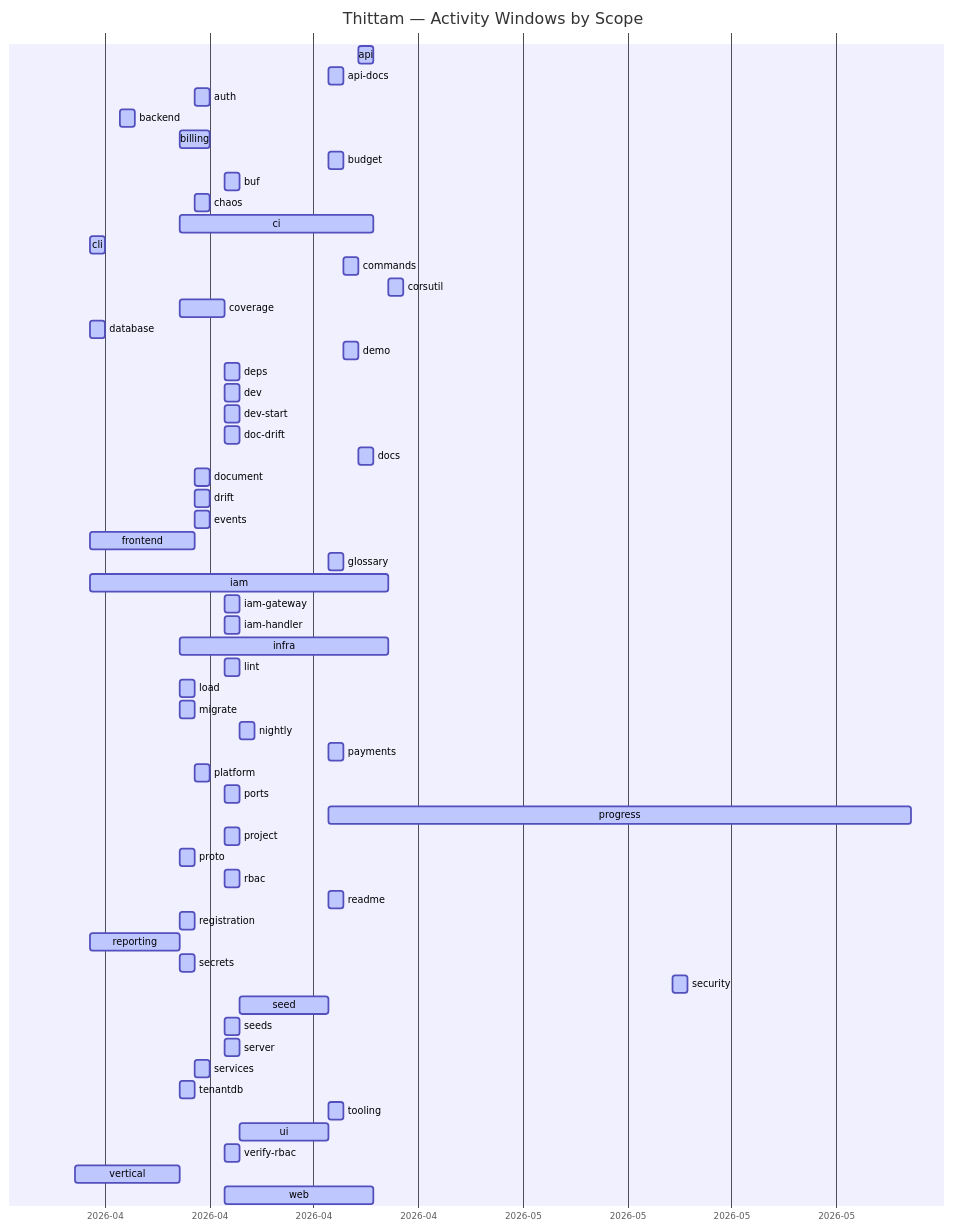
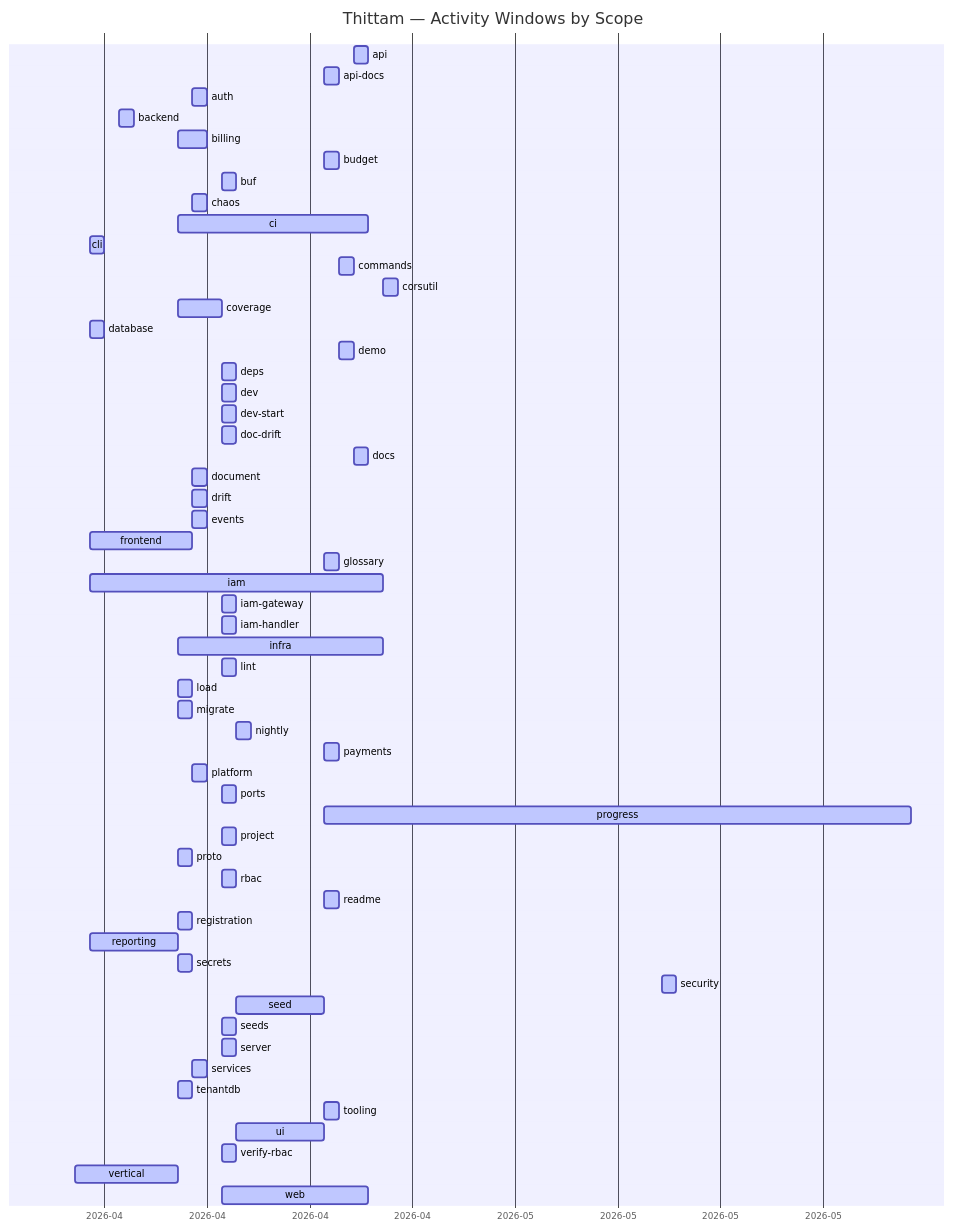
The diagram in docs/PROGRESS.md (wegofwd2020-hub/thittam), drawn with Mermaid before and after one commit. The commit also changed other lines of this file and 1 other file, not shown here.

Commit message:
chore(progress): nightly update of docs/PROGRESS.md + CSVs

````diff
--- a/docs/PROGRESS.md
+++ b/docs/PROGRESS.md
@@ -9,61 +9,61 @@
 ```mermaid
 gantt
     title Thittam — Activity Windows by Scope
     dateFormat YYYY-MM-DD
     axisFormat %Y-%m
     api                :active, s_api, 2026-04-22, 2026-04-23
     api-docs           :active, s_api_docs, 2026-04-20, 2026-04-21
     auth               :active, s_auth, 2026-04-11, 2026-04-12
     backend            :active, s_backend, 2026-04-06, 2026-04-07
     billing            :active, s_billing, 2026-04-10, 2026-04-12
     budget             :active, s_budget, 2026-04-20, 2026-04-21
     buf                :active, s_buf, 2026-04-13, 2026-04-14
     chaos              :active, s_chaos, 2026-04-11, 2026-04-12
     ci                 :active, s_ci, 2026-04-10, 2026-04-23
     cli                :active, s_cli, 2026-04-04, 2026-04-05
     commands           :active, s_commands, 2026-04-21, 2026-04-22
     corsutil           :active, s_corsutil, 2026-04-24, 2026-04-25
     coverage           :active, s_coverage, 2026-04-10, 2026-04-13
     database           :active, s_database, 2026-04-04, 2026-04-05
     demo               :active, s_demo, 2026-04-21, 2026-04-22
     deps               :active, s_deps, 2026-04-13, 2026-04-14
     dev                :active, s_dev, 2026-04-13, 2026-04-14
     dev-start          :active, s_dev_start, 2026-04-13, 2026-04-14
     doc-drift          :active, s_doc_drift, 2026-04-13, 2026-04-14
     docs               :active, s_docs, 2026-04-22, 2026-04-23
     document           :active, s_document, 2026-04-11, 2026-04-12
     drift              :active, s_drift, 2026-04-11, 2026-04-12
     events             :active, s_events, 2026-04-11, 2026-04-12
     frontend           :active, s_frontend, 2026-04-04, 2026-04-11
     glossary           :active, s_glossary, 2026-04-20, 2026-04-21
     iam                :active, s_iam, 2026-04-04, 2026-04-24
     iam-gateway        :active, s_iam_gateway, 2026-04-13, 2026-04-14
     iam-handler        :active, s_iam_handler, 2026-04-13, 2026-04-14
     infra              :active, s_infra, 2026-04-10, 2026-04-24
     lint               :active, s_lint, 2026-04-13, 2026-04-14
     load               :active, s_load, 2026-04-10, 2026-04-11
     migrate            :active, s_migrate, 2026-04-10, 2026-04-11
     nightly            :active, s_nightly, 2026-04-14, 2026-04-15
     payments           :active, s_payments, 2026-04-20, 2026-04-21
     platform           :active, s_platform, 2026-04-11, 2026-04-12
     ports              :active, s_ports, 2026-04-13, 2026-04-14
-    progress           :active, s_progress, 2026-04-20, 2026-05-29
+    progress           :active, s_progress, 2026-04-20, 2026-05-30
     project            :active, s_project, 2026-04-13, 2026-04-14
     proto              :active, s_proto, 2026-04-10, 2026-04-11
     rbac               :active, s_rbac, 2026-04-13, 2026-04-14
     readme             :active, s_readme, 2026-04-20, 2026-04-21
     registration       :active, s_registration, 2026-04-10, 2026-04-11
     reporting          :active, s_reporting, 2026-04-04, 2026-04-10
     secrets            :active, s_secrets, 2026-04-10, 2026-04-11
     security           :active, s_security, 2026-05-13, 2026-05-14
     seed               :active, s_seed, 2026-04-14, 2026-04-20
     seeds              :active, s_seeds, 2026-04-13, 2026-04-14
     server             :active, s_server, 2026-04-13, 2026-04-14
     services           :active, s_services, 2026-04-11, 2026-04-12
     tenantdb           :active, s_tenantdb, 2026-04-10, 2026-04-11
     tooling            :active, s_tooling, 2026-04-20, 2026-04-21
     ui                 :active, s_ui, 2026-04-14, 2026-04-20
     verify-rbac        :active, s_verify_rbac, 2026-04-13, 2026-04-14
     vertical           :active, s_vertical, 2026-04-03, 2026-04-10
     web                :active, s_web, 2026-04-13, 2026-04-23
 ```
````
